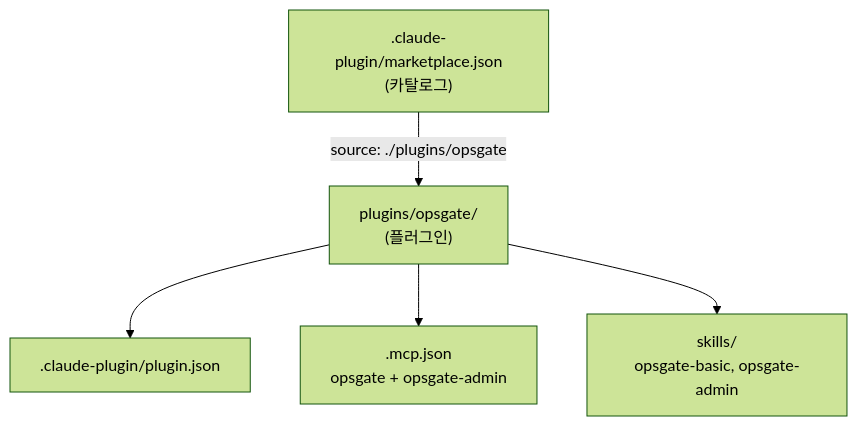
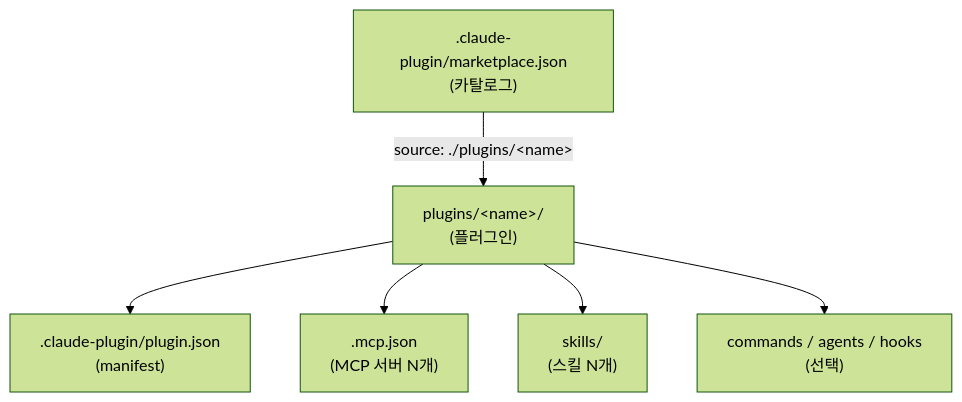
One commit to project-jelly/project-jelly-marketplace changed the first of 2 diagrams in docs/architecture.md. Above: the diagram before and after it, drawn with Mermaid (forest theme). The commit also changed other lines of this file, not shown here.

Commit message:
docs: generalize architecture doc (not plugin-specific)

````diff
--- a/docs/architecture.md
+++ b/docs/architecture.md
@@ -36,7 +39,8 @@
 ```mermaid
 flowchart TD
-    MP[".claude-plugin/marketplace.json<br/>(카탈로그)"] -->|"source: ./plugins/opsgate"| PL["plugins/opsgate/<br/>(플러그인)"]
-    PL --> MAN[".claude-plugin/plugin.json"]
-    PL --> MCP[".mcp.json<br/>opsgate + opsgate-admin"]
-    PL --> SK["skills/<br/>opsgate-basic, opsgate-admin"]
+    MP[".claude-plugin/marketplace.json<br/>(카탈로그)"] -->|"source: ./plugins/&lt;name&gt;"| PL["plugins/&lt;name&gt;/<br/>(플러그인)"]
+    PL --> MAN[".claude-plugin/plugin.json<br/>(manifest)"]
+    PL --> MCP[".mcp.json<br/>(MCP 서버 N개)"]
+    PL --> SK["skills/<br/>(스킬 N개)"]
+    PL --> ETC["commands / agents / hooks<br/>(선택)"]
 ```
````
